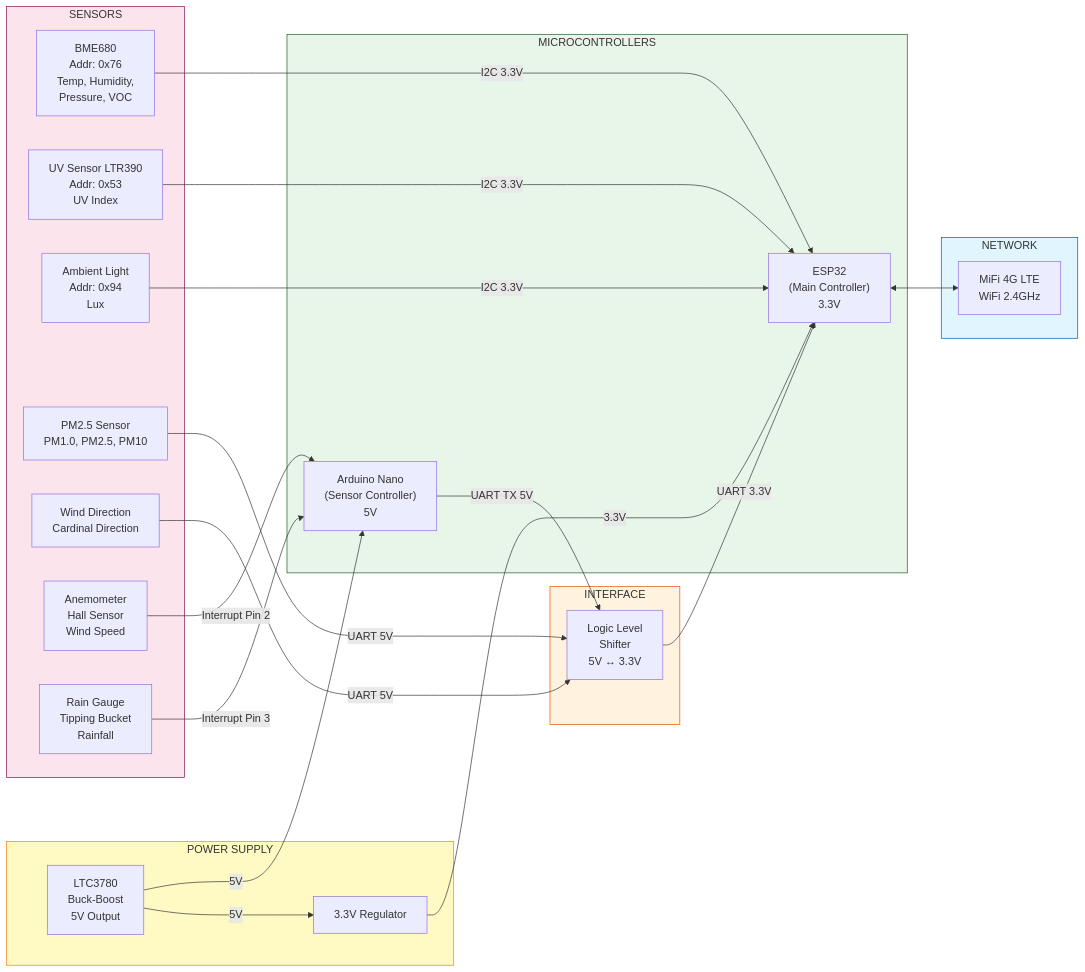
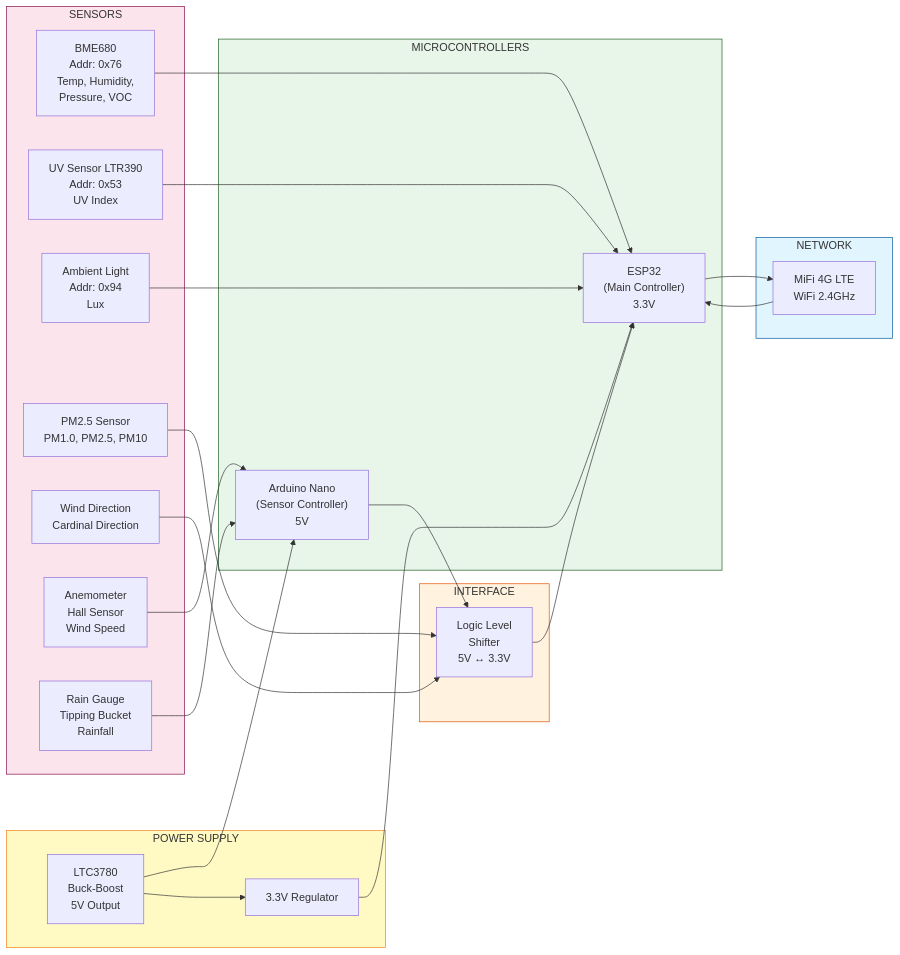
One commit to antonprafanto/weather_sensor changed the second of 7 diagrams in Proposal.md. Above: the diagram before and after it, drawn with Mermaid. The commit also changed other lines of this file, not shown here.

````diff
--- a/Proposal.md
+++ b/Proposal.md
@@ -874,59 +885,60 @@
 ```mermaid
 graph LR
     subgraph Sensors["SENSORS"]
         BME["BME680<br/>Addr: 0x76<br/>Temp, Humidity,<br/>Pressure, VOC"]
         UVS["UV Sensor LTR390<br/>Addr: 0x53<br/>UV Index"]
         ALS["Ambient Light<br/>Addr: 0x94<br/>Lux"]
         PM["PM2.5 Sensor<br/>PM1.0, PM2.5, PM10"]
         WD["Wind Direction<br/>Cardinal Direction"]
         ANE["Anemometer<br/>Hall Sensor<br/>Wind Speed"]
         RG["Rain Gauge<br/>Tipping Bucket<br/>Rainfall"]
     end
 
     subgraph Controllers["MICROCONTROLLERS"]
         ESP["ESP32<br/>(Main Controller)<br/>3.3V"]
         ARD["Arduino Nano<br/>(Sensor Controller)<br/>5V"]
     end
 
     subgraph Interface["INTERFACE"]
         LS["Logic Level<br/>Shifter<br/>5V ↔ 3.3V"]
     end
 
     subgraph Network["NETWORK"]
         MIFI["MiFi 4G LTE<br/>WiFi 2.4GHz"]
     end
 
     subgraph Power_Supply["POWER SUPPLY"]
         LTC["LTC3780<br/>Buck-Boost<br/>5V Output"]
         REG["3.3V Regulator"]
     end
 
     %% I2C Connections
-    BME -->|I2C 3.3V| ESP
-    UVS -->|I2C 3.3V| ESP
-    ALS -->|I2C 3.3V| ESP
+    BME --> ESP
+    UVS --> ESP
+    ALS --> ESP
 
     %% UART Connections via Level Shifter
-    PM -->|UART 5V| LS
-    WD -->|UART 5V| LS
-    ARD -->|UART TX 5V| LS
-    LS -->|UART 3.3V| ESP
+    PM --> LS
+    WD --> LS
+    ARD --> LS
+    LS --> ESP
 
     %% Interrupt Connections
-    ANE -->|Interrupt Pin 2| ARD
-    RG -->|Interrupt Pin 3| ARD
+    ANE --> ARD
+    RG --> ARD
 
     %% WiFi Connection
-    ESP <--> MIFI
+    ESP --> MIFI
+    MIFI --> ESP
 
     %% Power Connections
-    LTC -->|5V| ARD
-    LTC -->|5V| REG
-    REG -->|3.3V| ESP
+    LTC --> ARD
+    LTC --> REG
+    REG --> ESP
 
     style Sensors fill:#fce4ec,stroke:#880e4f
     style Controllers fill:#e8f5e9,stroke:#1b5e20
     style Interface fill:#fff3e0,stroke:#e65100
     style Network fill:#e1f5ff,stroke:#01579b
     style Power_Supply fill:#fff9c4,stroke:#f57f17
 ```
````
